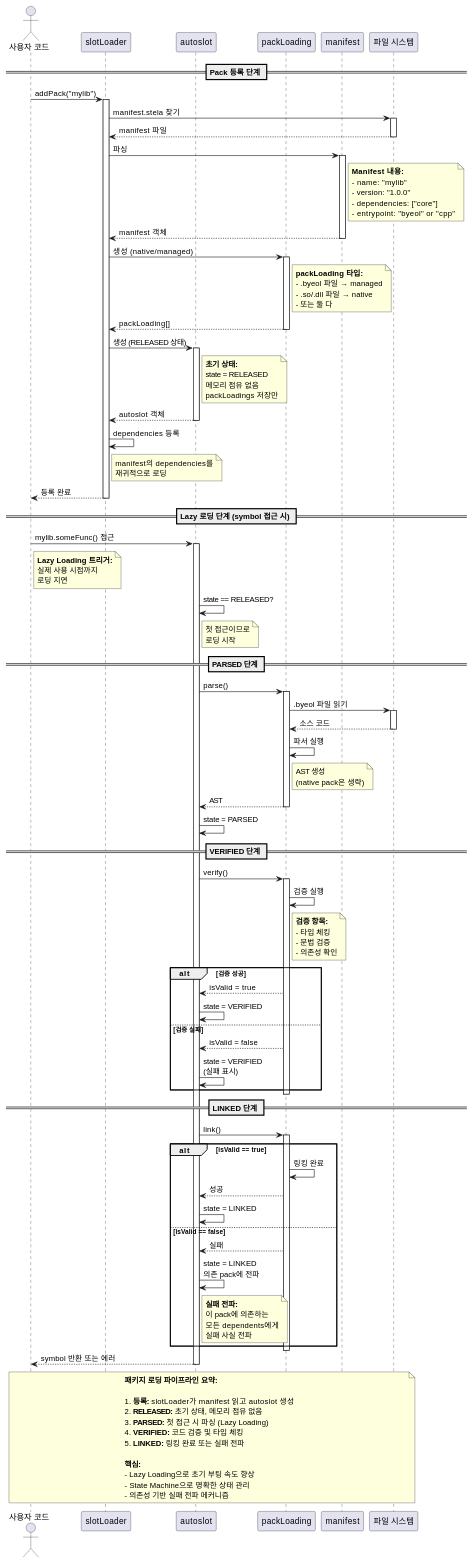
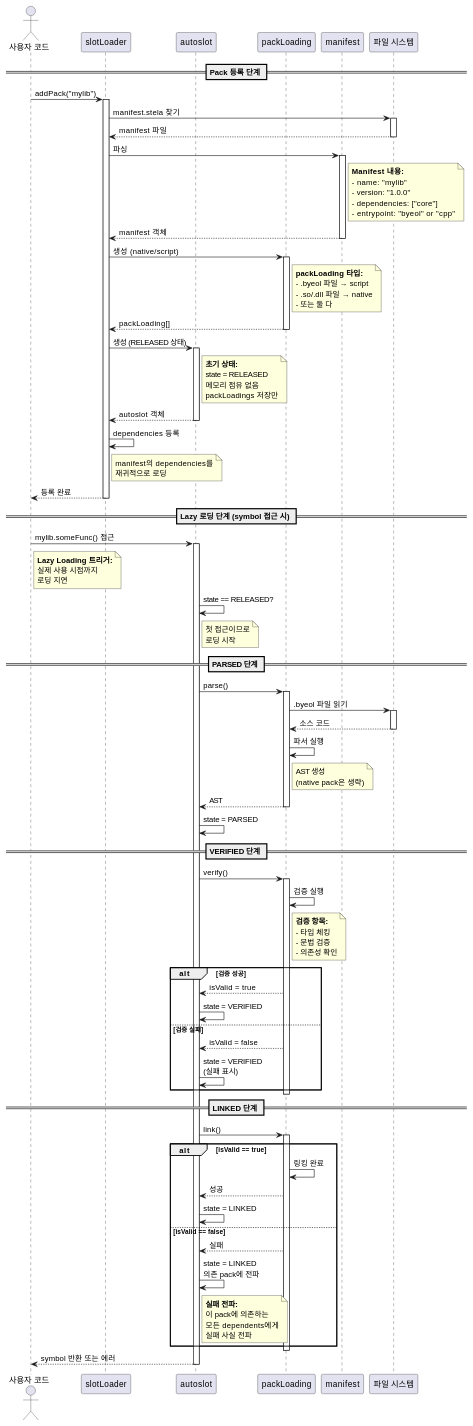
Diagram 13 of 19 in doc/ref/ko/ai-architecture-core.md (byeolang/byeol), drawn with PlantUML before and after one commit. The commit also changed other lines of this file, not shown here.

```diff
--- a/doc/ref/ko/ai-architecture-core.md
+++ b/doc/ref/ko/ai-architecture-core.md
@@ -3010,12 +2842,12 @@
 manifest --> loader : manifest 객체
 deactivate manifest
 
-loader -> packLoading : 생성 (native/managed)
+loader -> packLoading : 생성 (native/script)
 activate packLoading
 
 note right of packLoading
   <b>packLoading 타입:</b>
-  - .byeol 파일 → managed
+  - .byeol 파일 → script
   - .so/.dll 파일 → native
   - 또는 둘 다
 end note
@@ -3142,20 +2974,4 @@
 
 autoslot --> user : symbol 반환 또는 에러
 deactivate autoslot
-
-note over user, fs
-  <b>패키지 로딩 파이프라인 요약:</b>
-
-  1. <b>등록:</b> slotLoader가 manifest 읽고 autoslot 생성
-  2. <b>RELEASED:</b> 초기 상태, 메모리 점유 없음
-  3. <b>PARSED:</b> 첫 접근 시 파싱 (Lazy Loading)
-  4. <b>VERIFIED:</b> 코드 검증 및 타입 체킹
-  5. <b>LINKED:</b> 링킹 완료 또는 실패 전파
-
-  <b>핵심:</b>
-  - Lazy Loading으로 초기 부팅 속도 향상
-  - State Machine으로 명확한 상태 관리
-  - 의존성 기반 실패 전파 메커니즘
-end note
-
 @enduml
```
